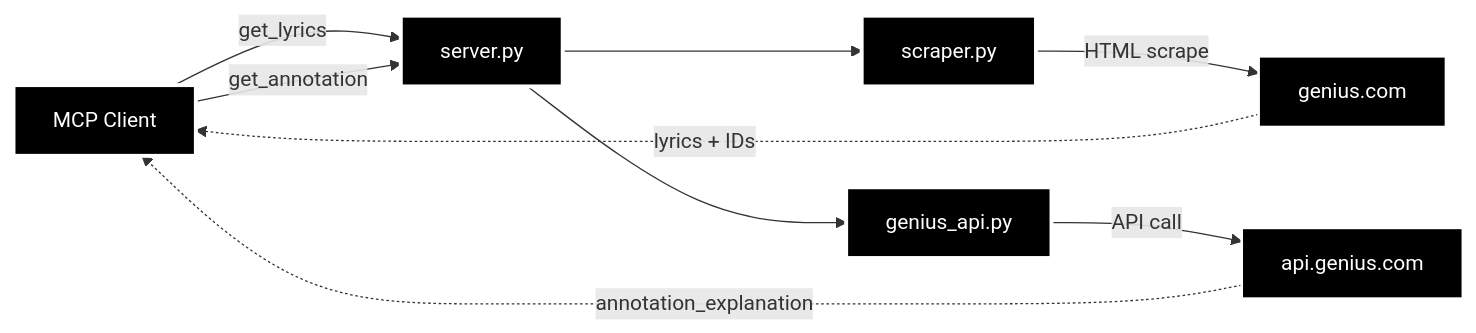
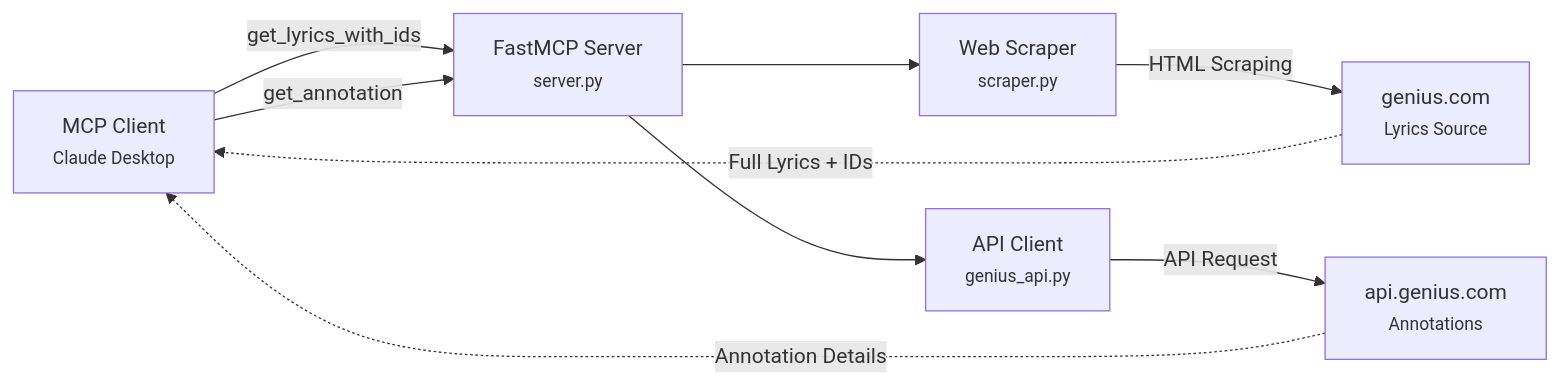
Before and after one commit to or-ben-harosh/genius_mcp: the diagram in README.md, drawn with Mermaid. The commit also changed other lines of this file and 10 other files, not shown here.

````diff
--- a/README.md
+++ b/README.md
@@ -8,25 +24,18 @@
 ```mermaid
 graph LR
-    Client["MCP Client"]
-    Server["server.py"]
-    Scraper["scraper.py"]
-    API["genius_api.py"]
-    Web["genius.com"]
-    Endpoint["api.genius.com"]
+    Client["MCP Client<br/><small>Claude Desktop</small>"]
+    Server["FastMCP Server<br/><small>server.py</small>"]
+    Scraper["Web Scraper<br/><small>scraper.py</small>"]
+    API["API Client<br/><small>genius_api.py</small>"]
+    Web["genius.com<br/><small>Lyrics Source</small>"]
+    Endpoint["api.genius.com<br/><small>Annotations</small>"]
     
-    Client -->|get_lyrics| Server
+    Client -->|get_lyrics_with_ids| Server
     Client -->|get_annotation| Server
     Server --> Scraper
     Server --> API
-    Scraper -->|HTML scrape| Web
-    API -->|API call| Endpoint
-    Web -.->|lyrics + IDs| Client
-    Endpoint -.->|annotation_explanation| Client
-    
-    style Client fill:#000,stroke:#fff,stroke-width:3px,color:#fff
-    style Server fill:#000,stroke:#fff,stroke-width:3px,color:#fff
-    style Scraper fill:#000,stroke:#fff,stroke-width:3px,color:#fff
-    style API fill:#000,stroke:#fff,stroke-width:3px,color:#fff
-    style Web fill:#000,stroke:#fff,stroke-width:2px,color:#fff
-    style Endpoint fill:#000,stroke:#fff,stroke-width:2px,color:#fff
+    Scraper -->|HTML Scraping| Web
+    API -->|API Request| Endpoint
+    Web -.->|Full Lyrics + IDs| Client
+    Endpoint -.->|Annotation Details| Client
 ```
````
